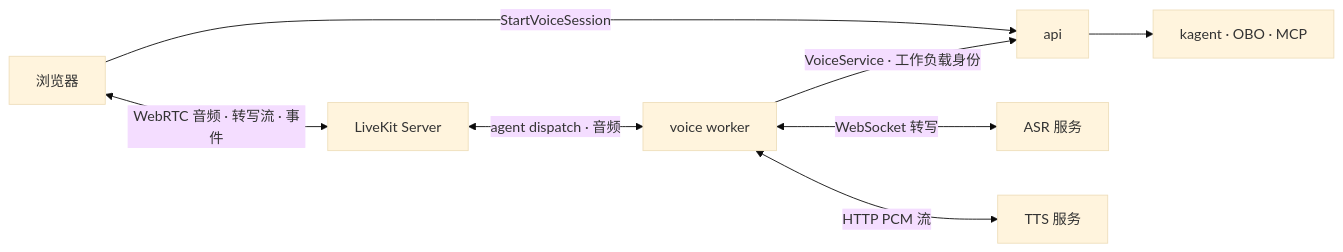
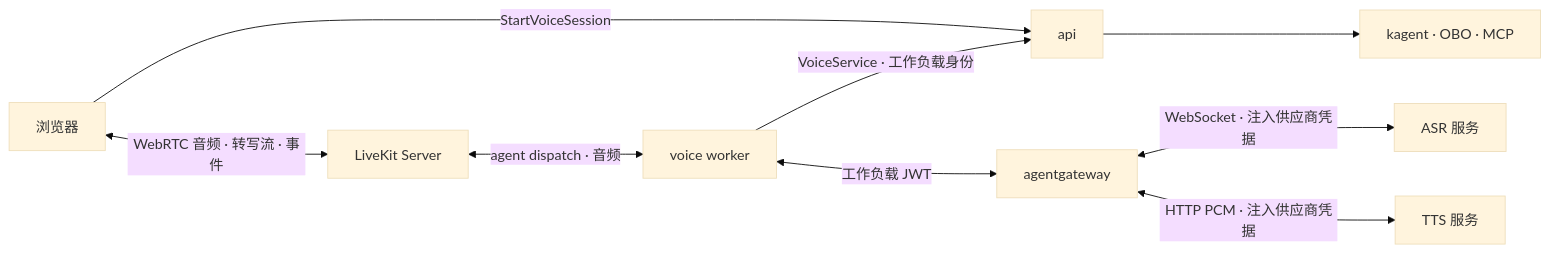
One commit to pood1e/agentos-platform changed the diagram in docs/speech.md. Above: the diagram before and after it, drawn with Mermaid (base theme). The commit also changed other lines of this file and 29 other files, not shown here.

First line of the commit message:
refactor(voice)!: inject provider credentials through agentgateway (#198)

````diff
--- a/docs/speech.md
+++ b/docs/speech.md
@@ -5,10 +5,11 @@
 ```mermaid
 flowchart LR
     Browser[浏览器] -->|StartVoiceSession| API[api]
     Browser <-->|WebRTC 音频 · 转写流 · 事件| SFU[LiveKit Server]
     SFU <-->|agent dispatch · 音频| Voice[voice worker]
     Voice -->|VoiceService · 工作负载身份| API
-    Voice <-->|WebSocket 转写| ASR[ASR 服务]
-    Voice <-->|HTTP PCM 流| TTS[TTS 服务]
+    Voice <-->|工作负载 JWT| Gateway[agentgateway]
+    Gateway <-->|WebSocket · 注入供应商凭据| ASR[ASR 服务]
+    Gateway <-->|HTTP PCM · 注入供应商凭据| TTS[TTS 服务]
     API --> Kagent[kagent · OBO · MCP]
 ```
````
